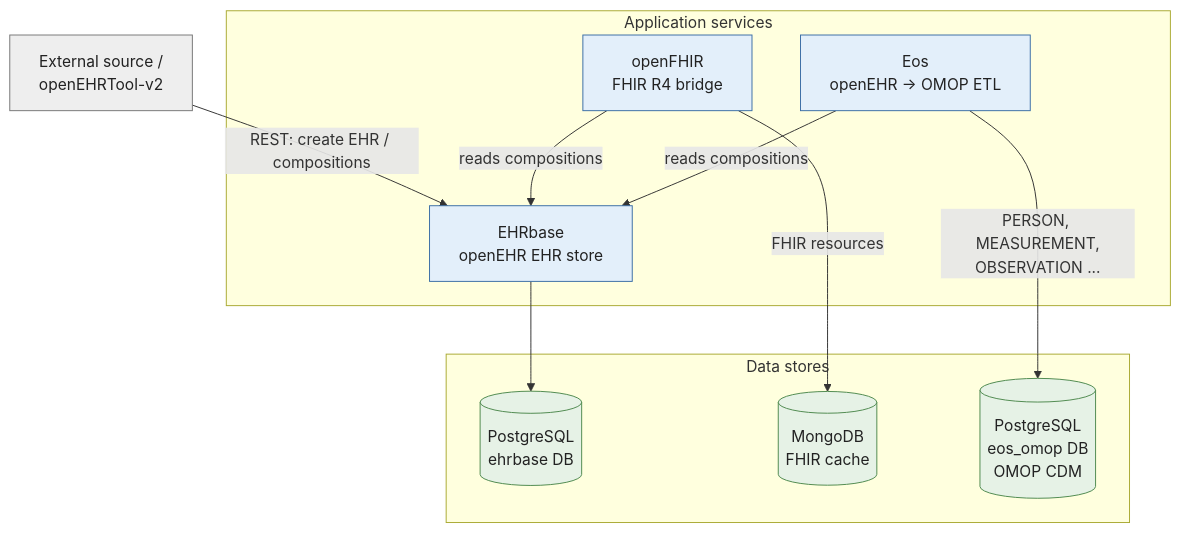
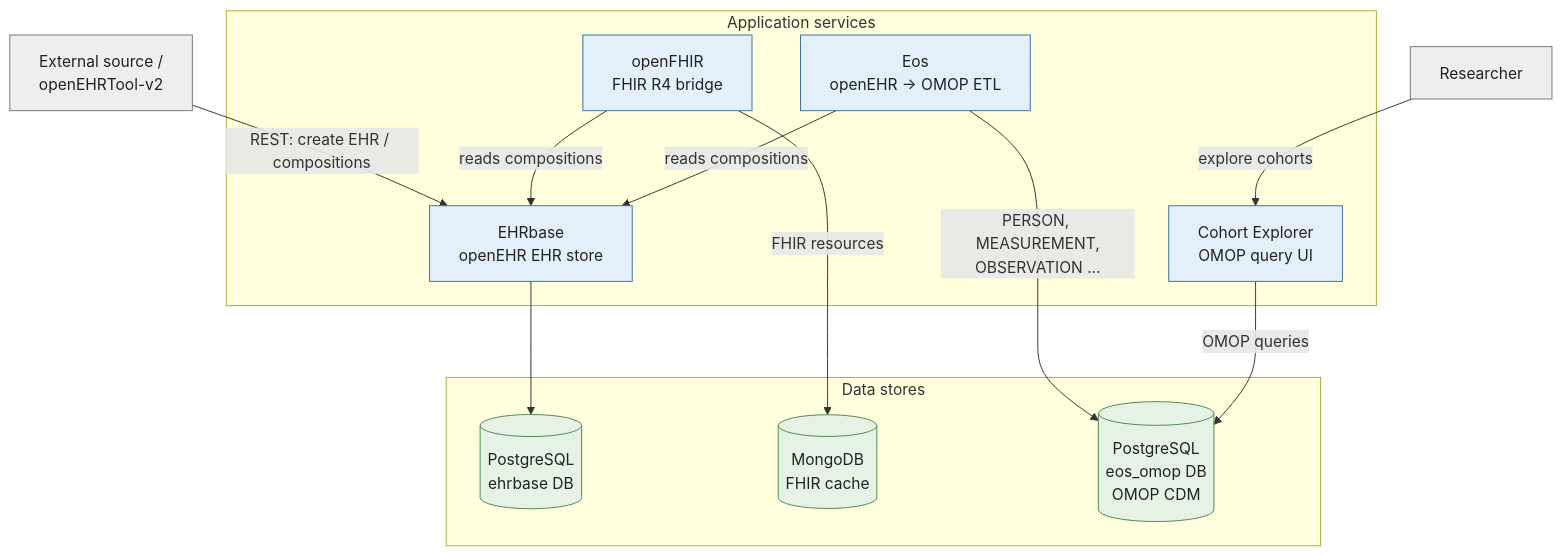
One commit to AltarisV/OHS-Open-Health-Stack changed the diagram in README.md. Above: the diagram before and after it, drawn with Mermaid. The commit also changed 1 other file, not shown here.

Commit message:
update architecture

````diff
--- a/README.md
+++ b/README.md
@@ -26,27 +26,32 @@
 ```mermaid
 flowchart TB
     src["External source /<br/>openEHRTool-v2"]:::ext
 
     subgraph apps["Application services"]
         ehrbase["EHRbase<br/>openEHR EHR store"]:::app
         openfhir["openFHIR<br/>FHIR R4 bridge"]:::app
         eos["Eos<br/>openEHR → OMOP ETL"]:::app
+        cohort["Cohort Explorer<br/>OMOP query UI"]:::app
     end
 
     subgraph data["Data stores"]
         pg_ehr[("PostgreSQL<br/>ehrbase DB")]:::db
         mongo[("MongoDB<br/>FHIR cache")]:::db
         pg_omop[("PostgreSQL<br/>eos_omop DB<br/>OMOP CDM")]:::db
     end
 
+    analyst["Researcher"]:::ext
+
     src -->|"REST: create EHR / compositions"| ehrbase
     ehrbase --> pg_ehr
     openfhir -->|"reads compositions"| ehrbase
     openfhir -->|"FHIR resources"| mongo
     eos -->|"reads compositions"| ehrbase
     eos -->|"PERSON, MEASUREMENT,<br/>OBSERVATION ..."| pg_omop
+    cohort -->|"OMOP queries"| pg_omop
+    analyst -->|"explore cohorts"| cohort
 
     classDef ext fill:#eeeeee,stroke:#777777,color:#222;
     classDef app fill:#e3effa,stroke:#3b6ea5,color:#222;
     classDef db  fill:#e6f2e6,stroke:#4f8a4f,color:#222;
 ```
````
